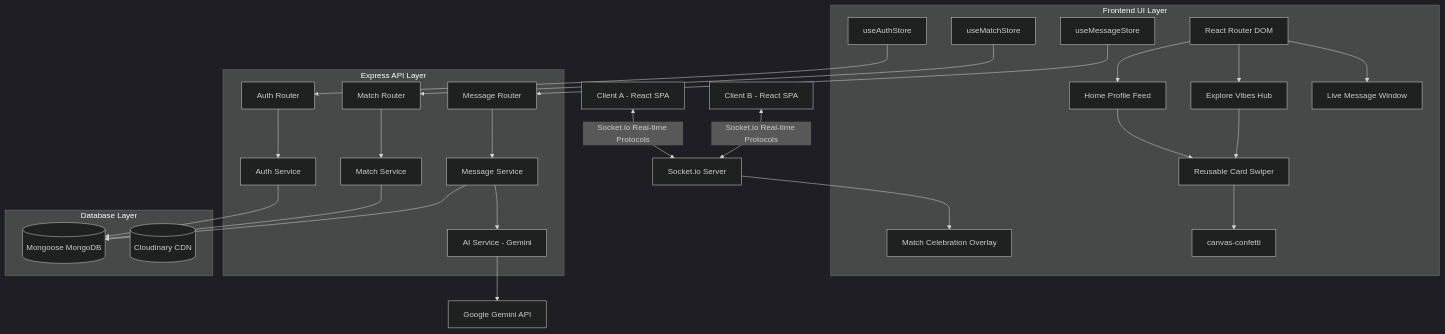
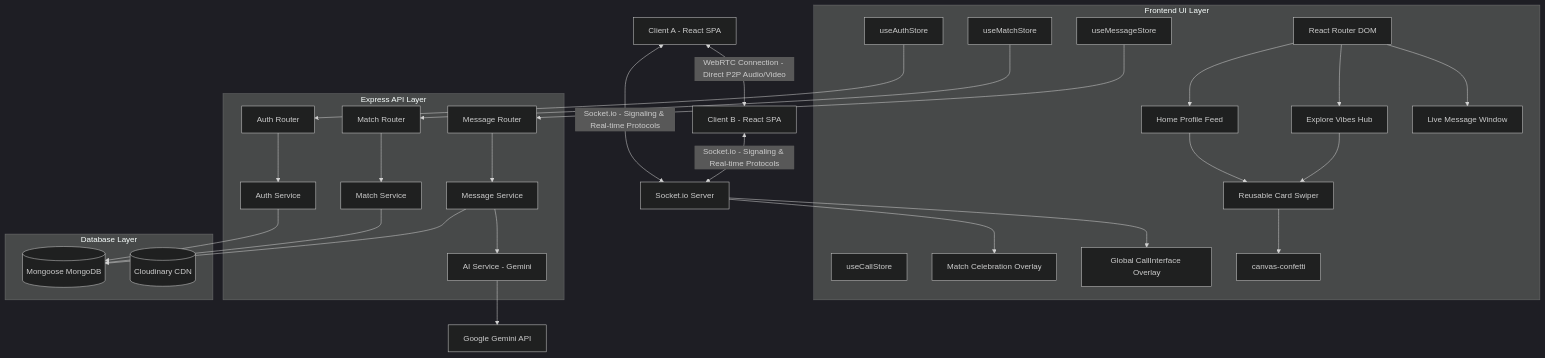
One commit to rizonkumar/tinder changed the first of 2 diagrams in README.md. Above: the diagram before and after it, drawn with Mermaid (dark theme). The commit also changed other lines of this file and 3 other files, not shown here.

First line of the commit message:
Introduce WebRTC calling UI and docs

````diff
--- a/README.md
+++ b/README.md
@@ -9,55 +9,59 @@
 ```mermaid
 graph TD
-    ClientA[Client A - React SPA] <-->|Socket.io Real-time Protocols| SocketServer[Socket.io Server]
-    ClientB[Client B - React SPA] <-->|Socket.io Real-time Protocols| SocketServer
+    ClientA[Client A - React SPA] <-->|WebRTC Connection - Direct P2P Audio/Video| ClientB[Client B - React SPA]
+    ClientA <-->|Socket.io - Signaling & Real-time Protocols| SocketServer[Socket.io Server]
+    ClientB <-->|Socket.io - Signaling & Real-time Protocols| SocketServer
 
     subgraph Client [Frontend UI Layer]
         Router[React Router DOM] --> Home[Home Profile Feed]
         Router --> Explore[Explore Vibes Hub]
         Router --> Chat[Live Message Window]
         
         ZustandMatch[useMatchStore]
         ZustandMsg[useMessageStore]
         ZustandAuth[useAuthStore]
+        ZustandCall[useCallStore]
         
         Home --> CardSwiper[Reusable Card Swiper]
         Explore --> CardSwiper
         
         Celebration[Match Celebration Overlay]
+        CallUI[Global CallInterface Overlay]
         Confetti[canvas-confetti]
     end
 
     subgraph Server [Express API Layer]
         AuthRouter[Auth Router]
         MatchRouter[Match Router]
         MsgRouter[Message Router]
 
         AuthService[Auth Service]
         MatchService[Match Service]
         MessageService[Message Service]
         AIService[AI Service - Gemini]
     end
 
     subgraph Data [Database Layer]
         MongoDB[(Mongoose MongoDB)]
         Cloudinary[(Cloudinary CDN)]
     end
 
     ZustandAuth --> AuthRouter
     ZustandMatch --> MatchRouter
     ZustandMsg --> MsgRouter
 
     AuthRouter --> AuthService
     MatchRouter --> MatchService
     MsgRouter --> MessageService
 
     MessageService --> AIService
     AIService --> Gemini[Google Gemini API]
     
     AuthService --> MongoDB
     MatchService --> MongoDB
     MessageService --> MongoDB
     
     SocketServer --> Celebration
+    SocketServer --> CallUI
     CardSwiper --> Confetti
 ```
````
